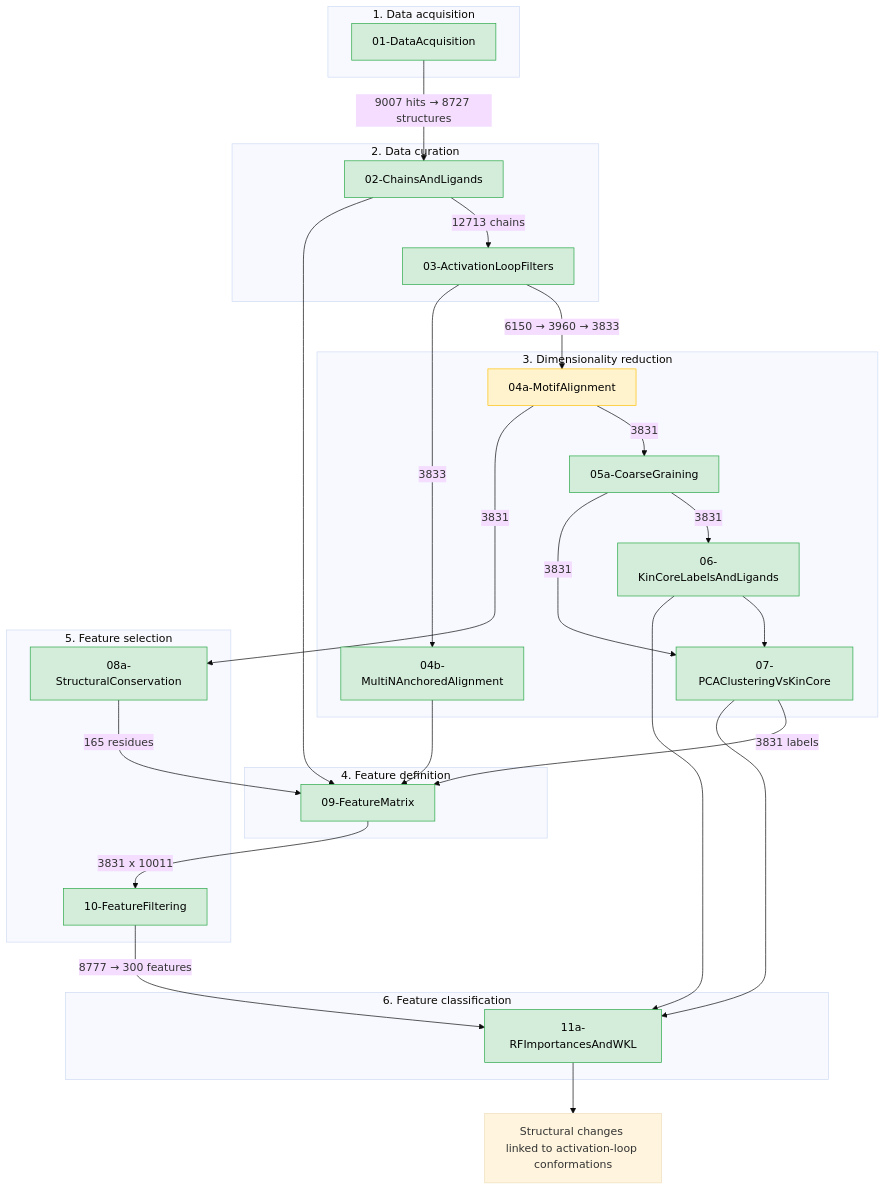
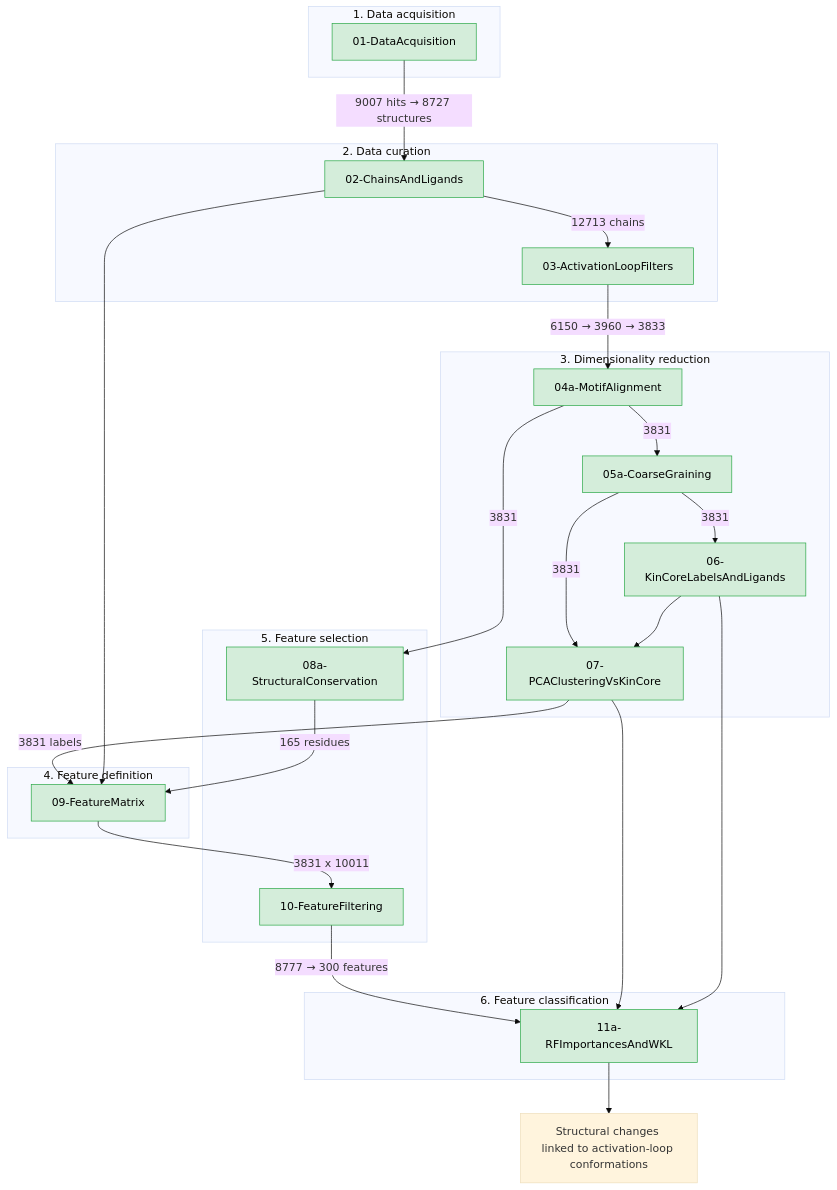
One commit to meyresearch/BRAF changed the diagram in README.md. Above: the diagram before and after it, drawn with Mermaid (base theme). The commit also changed other lines of this file, not shown here.

Commit message:
Document motif alignment (04a) as the main pipeline step instead of multi-N (04b).

````diff
--- a/README.md
+++ b/README.md
@@ -15,51 +15,47 @@
 ```mermaid
 flowchart TB
   subgraph s1 ["1. Data acquisition"]
     N01["01-DataAcquisition"]
   end
   subgraph s2 ["2. Data curation"]
     N02["02-ChainsAndLigands"]
     N03["03-ActivationLoopFilters"]
   end
   subgraph s3 ["3. Dimensionality reduction"]
     N04a["04a-MotifAlignment"]
-    N04b["04b-MultiNAnchoredAlignment"]
     N05a["05a-CoarseGraining"]
     N06["06-KinCoreLabelsAndLigands"]
     N07["07-PCAClusteringVsKinCore"]
   end
   subgraph s5 ["5. Feature selection"]
     N08a["08a-StructuralConservation"]
     N10["10-FeatureFiltering"]
   end
   subgraph s4 ["4. Feature definition"]
     N09["09-FeatureMatrix"]
   end
   subgraph s6 ["6. Feature classification"]
     N11a["11a-RFImportancesAndWKL"]
   end
 
   N01 -->|"9007 hits → 8727 structures"| N02
   N02 -->|"12713 chains"| N03
   N03 -->|"6150 → 3960 → 3833"| N04a
-  N03 -->|"3833"| N04b
   N04a -->|"3831"| N05a
   N05a -->|"3831"| N06
   N05a -->|"3831"| N07
   N06 --> N07
   N04a -->|"3831"| N08a
   N08a -->|"165 residues"| N09
-  N04b --> N09
   N07 -->|"3831 labels"| N09
   N02 --> N09
   N09 -->|"3831 x 10011"| N10
   N10 -->|"8777 → 300 features"| N11a
   N07 --> N11a
   N06 --> N11a
   N11a --> outNode["Structural changes linked to activation-loop conformations"]
 
   classDef main fill:#d4edda,stroke:#28a745,color:#000
   classDef experiment fill:#fff3cd,stroke:#ffc107,color:#000
-  class N01,N02,N03,N04b,N05a,N06,N07,N08a,N09,N10,N11a main
-  class N04a experiment
+  class N01,N02,N03,N04a,N05a,N06,N07,N08a,N09,N10,N11a main
 ```
````
